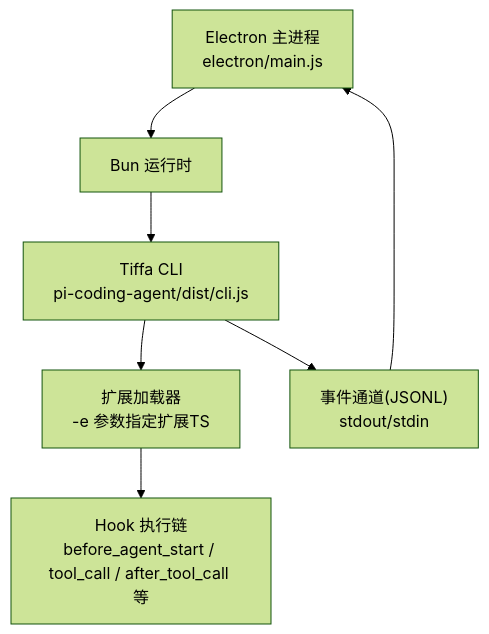
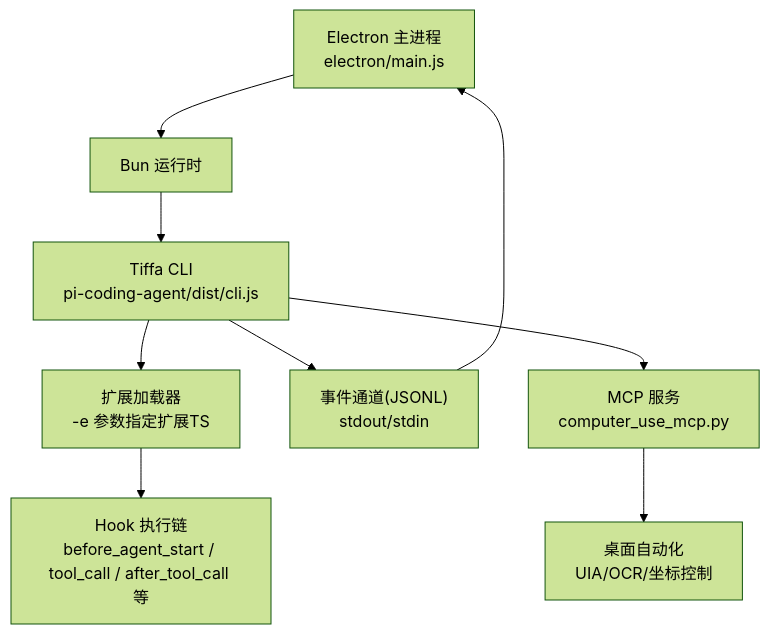
The first of 8 diagrams in .qoder/repowiki/zh/content/扩展开发/扩展开发.md (swond-Mao/Tiffa), drawn with Mermaid (forest theme) before and after one commit. The commit also changed other lines of this file and 22 other files, not shown here.

````diff
--- a/.qoder/repowiki/zh/content/扩展开发/扩展开发.md
+++ b/.qoder/repowiki/zh/content/扩展开发/扩展开发.md
@@ -36,9 +50,11 @@
 ```mermaid
 graph TB
 A["Electron 主进程<br/>electron/main.js"] --> B["Bun 运行时"]
 B --> C["Tiffa CLI<br/>pi-coding-agent/dist/cli.js"]
 C --> D["扩展加载器<br/>-e 参数指定扩展TS"]
 D --> E["Hook 执行链<br/>before_agent_start / tool_call / after_tool_call 等"]
 C --> F["事件通道(JSONL)<br/>stdout/stdin"]
 F --> A
+C --> G["MCP 服务<br/>computer_use_mcp.py"]
+G --> H["桌面自动化<br/>UIA/OCR/坐标控制"]
 ```
````
